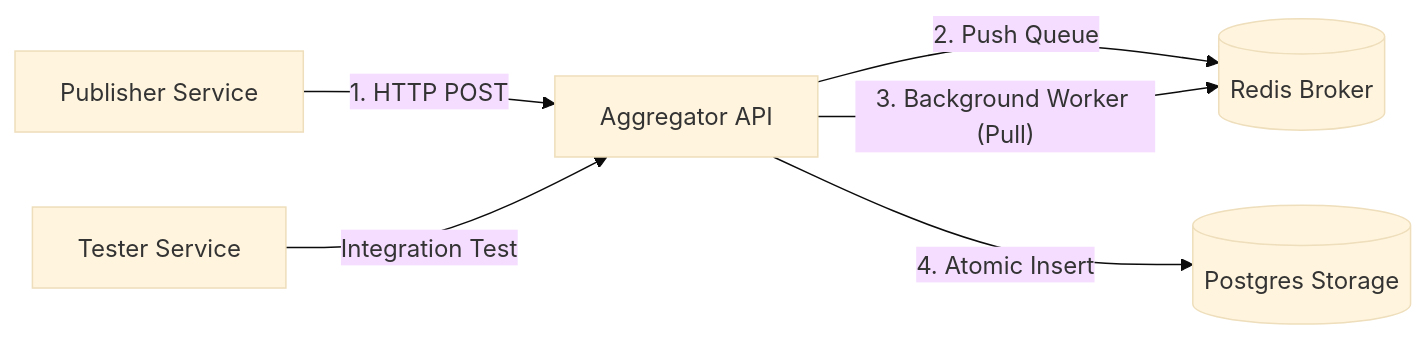
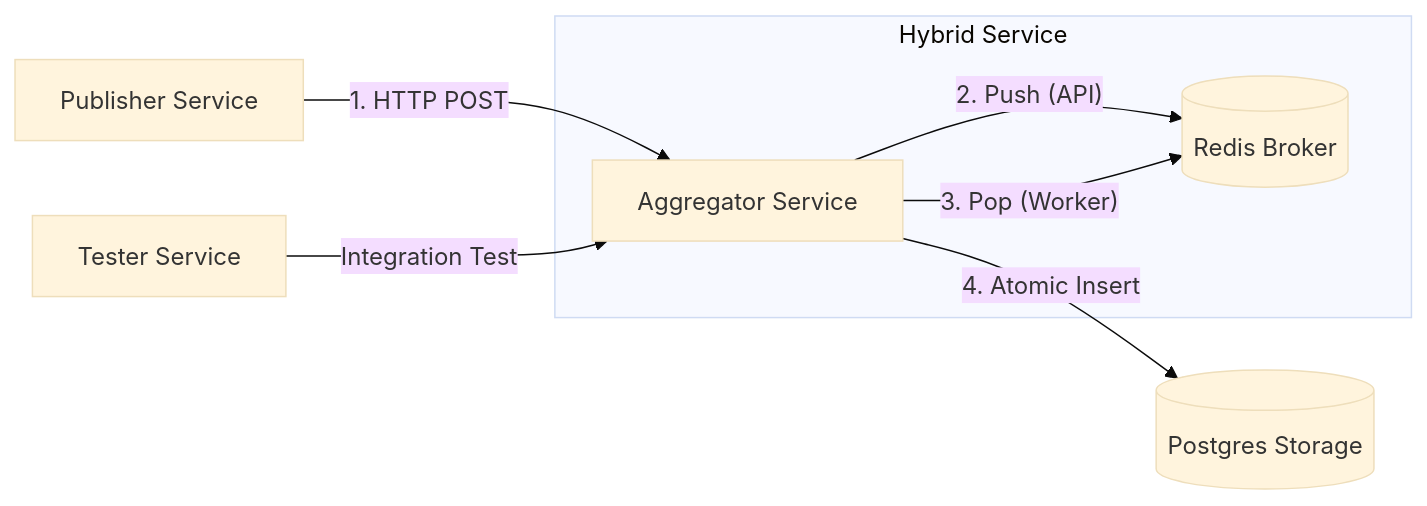
Before and after one commit to Wiraproject/uas-aggregator: the diagram in README.md, drawn with Mermaid (base theme).

Commit message:
update code

````diff
--- a/README.md
+++ b/README.md
@@ -21,8 +21,12 @@
 ```mermaid
 graph LR
-    P[Publisher Service] -- 1. HTTP POST --> A[Aggregator API]
-    A -- 2. Push Queue --> R[(Redis Broker)]
-    A -- 3. Background Worker (Pull) --> R
+    P[Publisher Service] -- 1. HTTP POST --> A[Aggregator Service]
+    
+    subgraph "Hybrid Service"
+    A -- 2. Push (API) --> R[(Redis Broker)]
+    A -- 3. Pop (Worker) --> R
+    end
+    
     A -- 4. Atomic Insert --> D[(Postgres Storage)]
     T[Tester Service] -- Integration Test --> A
 ```
````
